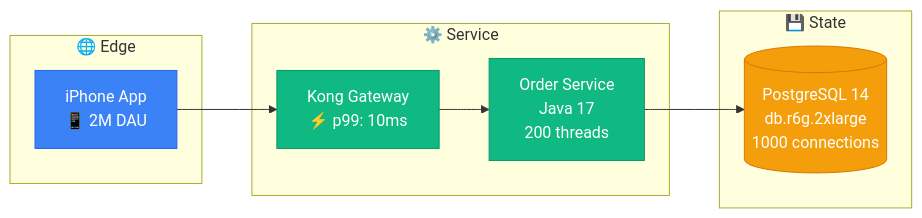
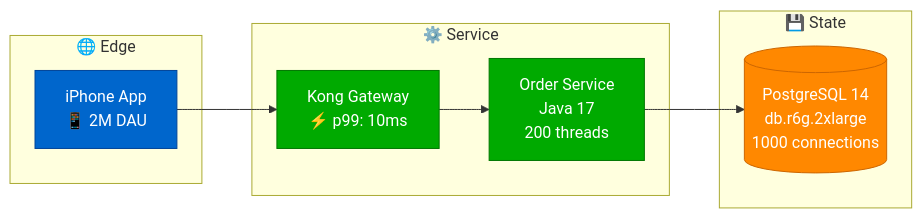
The diagram in site/EXECUTION_MASTER.md (deepaucksharma/DS), drawn with Mermaid before and after one commit. The commit also changed other lines of this file and 265 other files, not shown here.

````diff
--- a/site/EXECUTION_MASTER.md
+++ b/site/EXECUTION_MASTER.md
@@ -501,29 +501,29 @@
 ```mermaid
 graph LR
     subgraph EdgePlane["🌐 Edge"]
         APP["iPhone App<br/>📱 2M DAU"]
     end
 
     subgraph ServicePlane["⚙️ Service"]
         GW["Kong Gateway<br/>⚡ p99: 10ms"]
         SVC["Order Service<br/>Java 17<br/>200 threads"]
     end
 
     subgraph StatePlane["💾 State"]
         DB[("PostgreSQL 14<br/>db.r6g.2xlarge<br/>1000 connections")]
     end
 
     APP --> GW
     GW --> SVC
     SVC --> DB
 
-    classDef edgeStyle fill:#3B82F6,stroke:#2563EB,color:#fff
-    classDef serviceStyle fill:#10B981,stroke:#059669,color:#fff
-    classDef stateStyle fill:#F59E0B,stroke:#D97706,color:#fff
+    classDef edgeStyle fill:#0066CC,stroke:#004499,color:#fff
+    classDef serviceStyle fill:#00AA00,stroke:#007700,color:#fff
+    classDef stateStyle fill:#FF8800,stroke:#CC6600,color:#fff
 
     class APP edgeStyle
     class GW,SVC serviceStyle
     class DB stateStyle
 
     click DB "https://docs.aws.amazon.com/AmazonRDS/latest/UserGuide/CHAP_PostgreSQL.html" "PostgreSQL on AWS"
 ```
````
